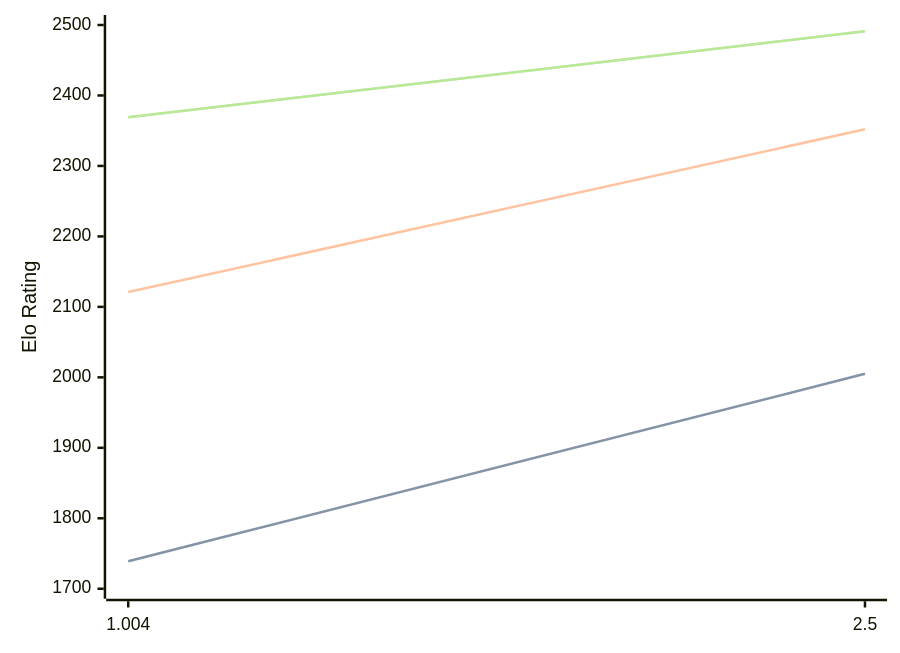
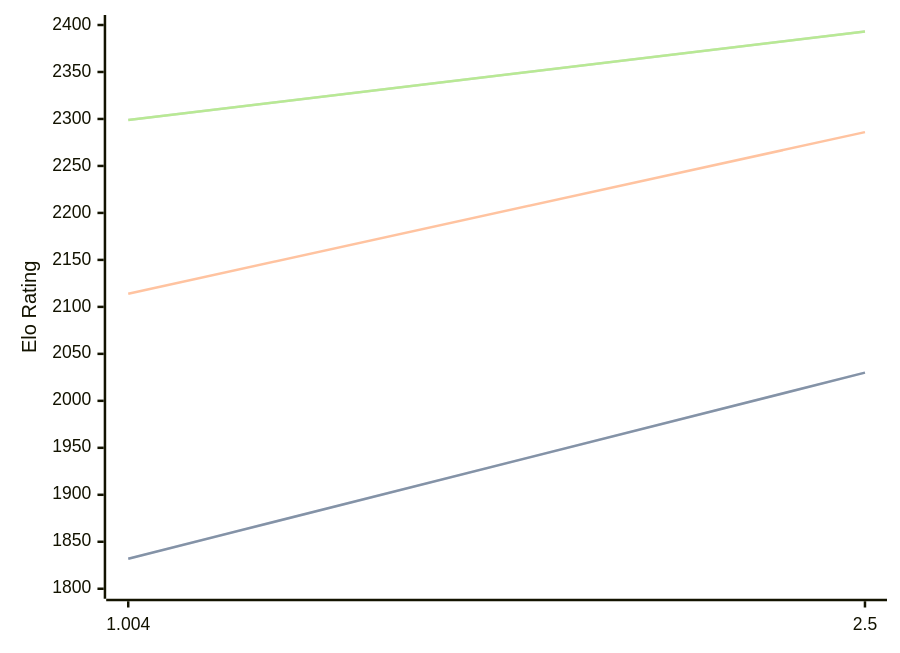
The diagram in engines/Ares.md (computer-chess-index/cci), drawn with Mermaid before and after one commit. The commit also changed other lines of this file, not shown here.

Commit message:
Update CCI Ratings (ELO VLTC) - 2026-02-24

````diff
--- a/engines/Ares.md
+++ b/engines/Ares.md
@@ -29,11 +29,11 @@
 ```mermaid
 %%{init: {"theme":"base","themeVariables":{"seriesColors:['#a3a3a3','#222221','#faa371']}}}%%
 xychart-beta
   x-axis ["1.004", "2.5"]
-  y-axis "Elo Rating" 1700 --> 2500
-  line "STC (8.0+0.08s)" [1739, 2005]
-  line "STC (8.0+0.08s)" [1739, 2005]
-  line "LTC (60.0+0.60s)" [2121, 2352]
-  line "VLTC (2m24s+1.12s)" [2369, 2491]
-  line "VLTC (2m24s+1.12s)" [2369, 2491]
+  y-axis "Elo Rating" 1800 --> 2400
+  line "STC (8.0+0.08s)" [1832, 2030]
+  line "STC (8.0+0.08s)" [1832, 2030]
+  line "LTC (60.0+0.60s)" [2114, 2286]
+  line "VLTC (2m24s+1.12s)" [2299, 2393]
+  line "VLTC (2m24s+1.12s)" [2299, 2393]
 ```
````
